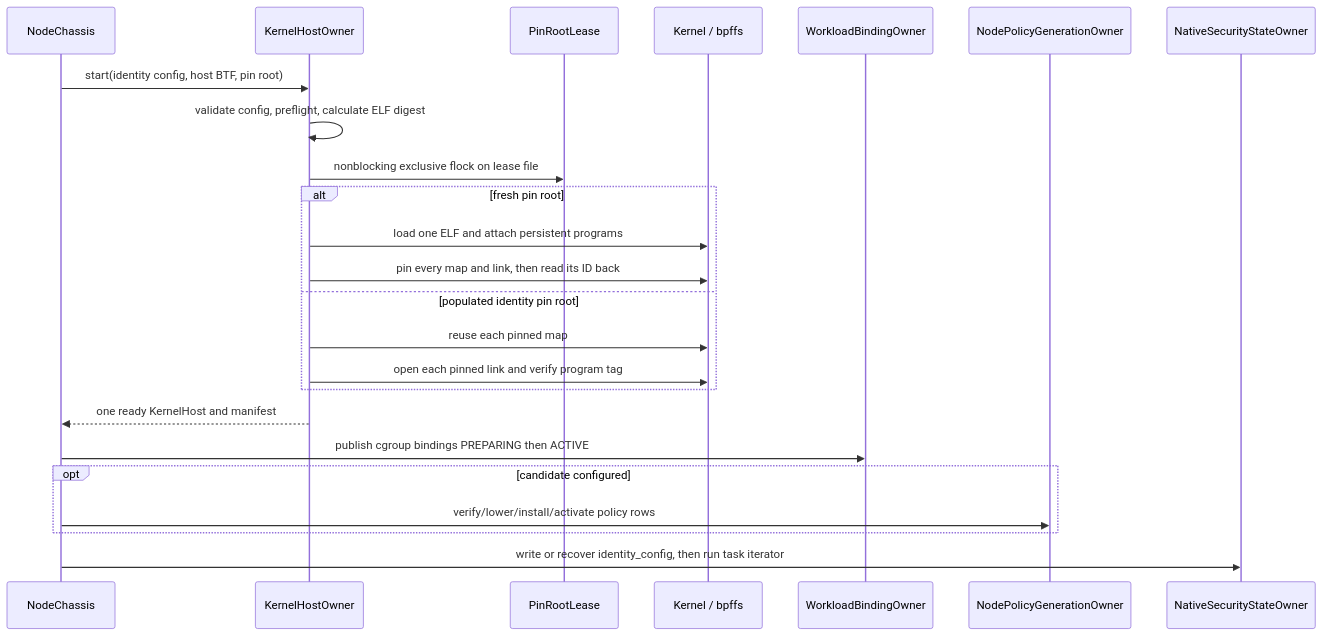
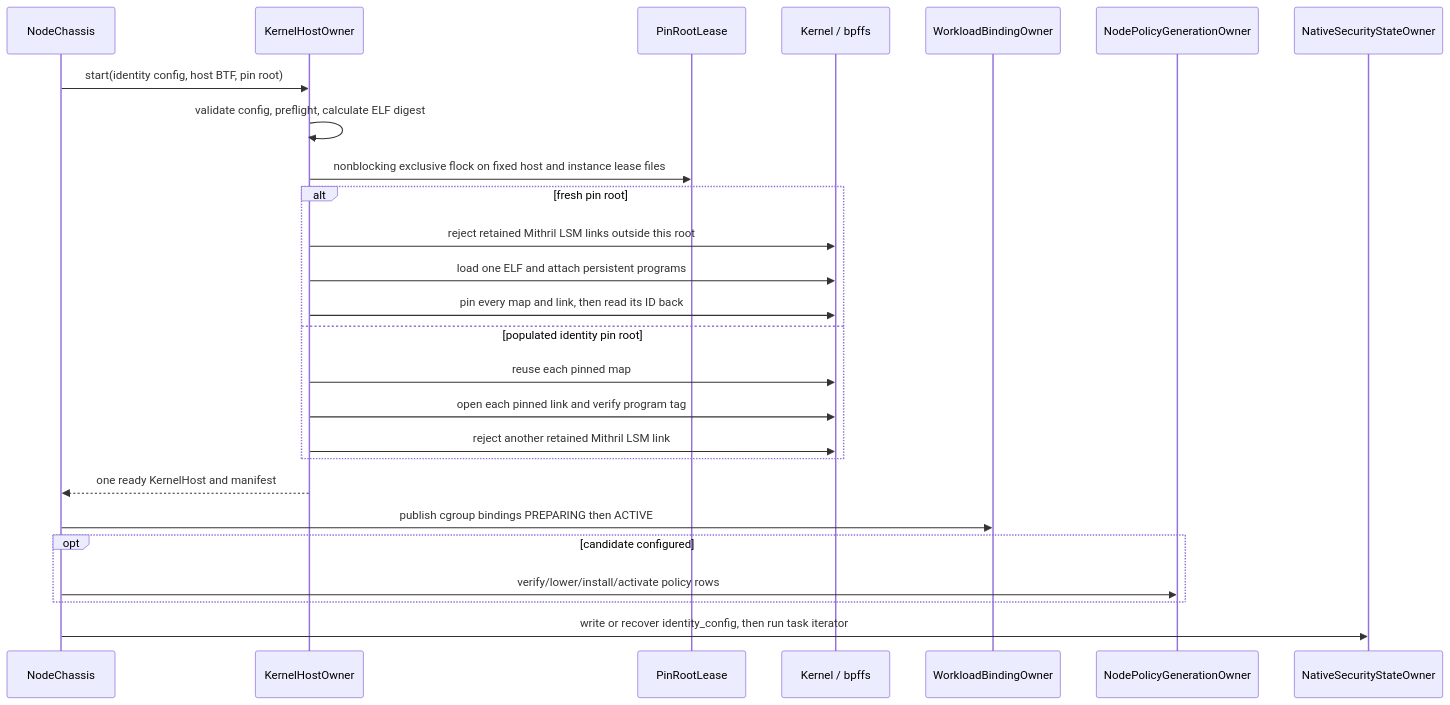
Before and after one commit to Ereborlabs/erebor-runtime: the fifth of 22 diagrams in docs/plans/mithril-hugging-face-intrusion-prevention/implemented-phase-review.md, drawn with Mermaid. The commit also changed other lines of this file and 1 other file, not shown here.

Commit message:
docs(mithril): record current qualification evidence

````diff
--- a/docs/plans/mithril-hugging-face-intrusion-prevention/implemented-phase-review.md
+++ b/docs/plans/mithril-hugging-face-intrusion-prevention/implemented-phase-review.md
@@ -213,27 +315,29 @@
 ```mermaid
 sequenceDiagram
     participant N as NodeChassis
     participant H as KernelHostOwner
     participant L as PinRootLease
     participant K as Kernel / bpffs
     participant B as WorkloadBindingOwner
     participant P as NodePolicyGenerationOwner
     participant I as NativeSecurityStateOwner
 
     N->>H: start(identity config, host BTF, pin root)
     H->>H: validate config, preflight, calculate ELF digest
-    H->>L: nonblocking exclusive flock on lease file
+    H->>L: nonblocking exclusive flock on fixed host and instance lease files
     alt fresh pin root
+        H->>K: reject retained Mithril LSM links outside this root
         H->>K: load one ELF and attach persistent programs
         H->>K: pin every map and link, then read its ID back
     else populated identity pin root
         H->>K: reuse each pinned map
         H->>K: open each pinned link and verify program tag
+        H->>K: reject another retained Mithril LSM link
     end
     H-->>N: one ready KernelHost and manifest
     N->>B: publish cgroup bindings PREPARING then ACTIVE
     opt candidate configured
         N->>P: verify/lower/install/activate policy rows
     end
     N->>I: write or recover identity_config, then run task iterator
 ```
````
